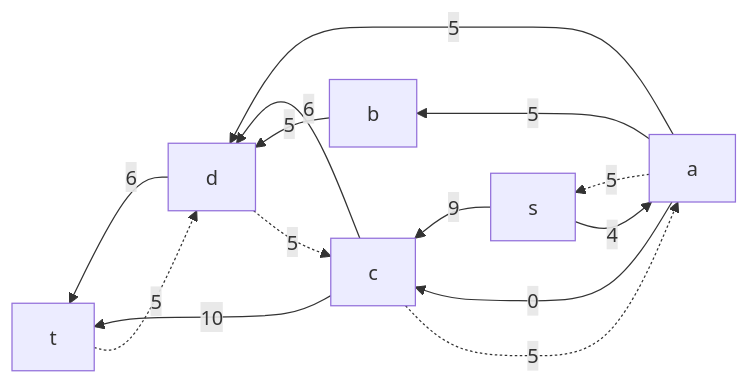
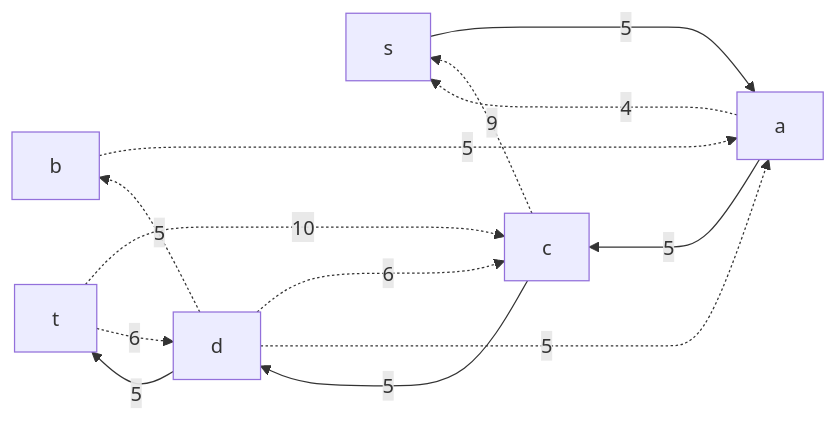
The third of 12 diagrams in task-10/goidaz.md (hse-algo-24-crow/manual-tasks-crow), drawn with Mermaid before and after one commit. The commit also changed other lines of this file, not shown here.

````diff
--- a/task-10/goidaz.md
+++ b/task-10/goidaz.md
@@ -66,17 +60,15 @@
 ```mermaid
 graph RL
-    a-.->|5|s
-    c-.->|5|a
-    d-.->|5|c
-    t-.->|5|d
-
-    s-->|4|a 
-    s-->|9|c
-    a-->|5|b
-    a-->|5|d
-    a-->|0|c
-    c-->|6|d
-    b-->|5|d
-    d-->|6|t
-    c-->|10|t
+    a-.->|4|s
+    s-->|5|a
+    c-.->|9|s
+    b-.->|5|a
+    d-.->|5|a
+    a--->|5|c
+    d-.->|6|c
+    c--->|5|d
+    d-.->|5|b
+    t-.->|6|d
+    d-->|5|t
+    t-.->|10|c
 ```
````
